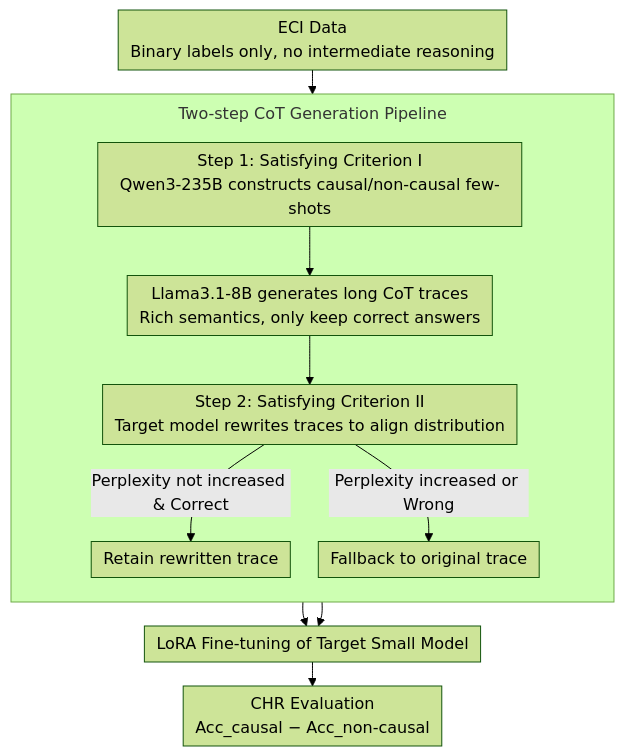
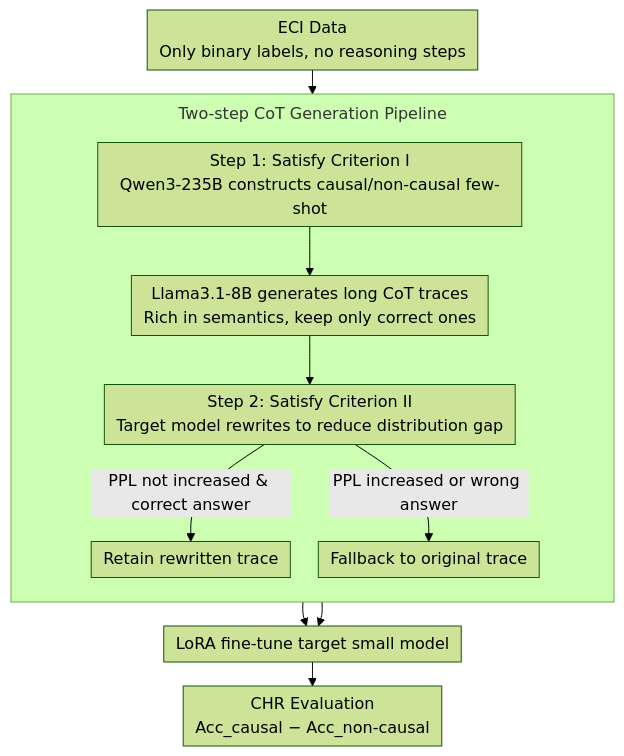
The diagram in docs/ACL2026/hallucination/generating_effective_cot_traces_for_mitigating_causal_hallucination.md (zhaoyang97/Paper-Notes-en), drawn with Mermaid (forest theme) before and after one commit. The commit also changed other lines of this file and 5084 other files, not shown here.

````diff
--- a/docs/ACL2026/hallucination/generating_effective_cot_traces_for_mitigating_causal_hallucination.md
+++ b/docs/ACL2026/hallucination/generating_effective_cot_traces_for_mitigating_causal_hallucination.md
@@ -43,15 +43,15 @@
 ```mermaid
 %%{init: {'flowchart': {'rankSpacing': 24, 'nodeSpacing': 28, 'padding': 6, 'wrappingWidth': 400, 'subGraphTitleMargin': {'top': 8, 'bottom': 16}}}}%%
 flowchart TD
-    A["ECI Data<br/>Binary labels only, no intermediate reasoning"] --> PIPE
+    A["ECI Data<br/>Only binary labels, no reasoning steps"] --> PIPE
     subgraph PIPE["Two-step CoT Generation Pipeline"]
         direction TB
-        B["Step 1: Satisfying Criterion I<br/>Qwen3-235B constructs causal/non-causal few-shots"] --> C["Llama3.1-8B generates long CoT traces<br/>Rich semantics, only keep correct answers"]
-        C --> D["Step 2: Satisfying Criterion II<br/>Target model rewrites traces to align distribution"]
-        D -->|Perplexity not increased & Correct| E["Retain rewritten trace"]
-        D -->|Perplexity increased or Wrong| F["Fallback to original trace"]
+        B["Step 1: Satisfy Criterion I<br/>Qwen3-235B constructs causal/non-causal few-shot"] --> C["Llama3.1-8B generates long CoT traces<br/>Rich in semantics, keep only correct ones"]
+        C --> D["Step 2: Satisfy Criterion II<br/>Target model rewrites to reduce distribution gap"]
+        D -->|PPL not increased & correct answer| E["Retain rewritten trace"]
+        D -->|PPL increased or wrong answer| F["Fallback to original trace"]
     end
-    E --> G["LoRA Fine-tuning of Target Small Model"]
+    E --> G["LoRA fine-tune target small model"]
     F --> G
     G --> H["CHR Evaluation<br/>Acc_causal − Acc_non-causal"]
 ```
````
